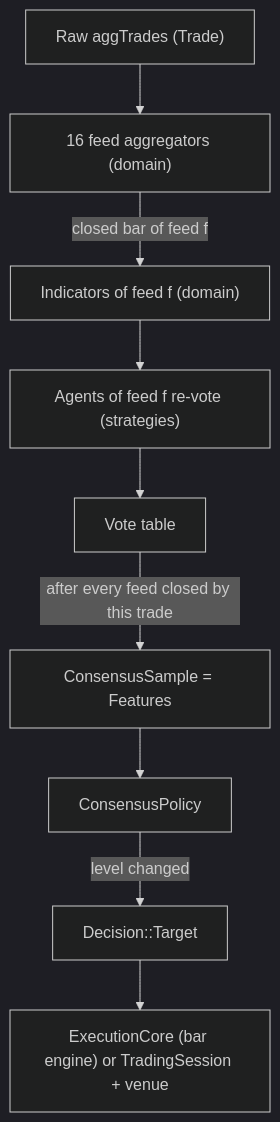
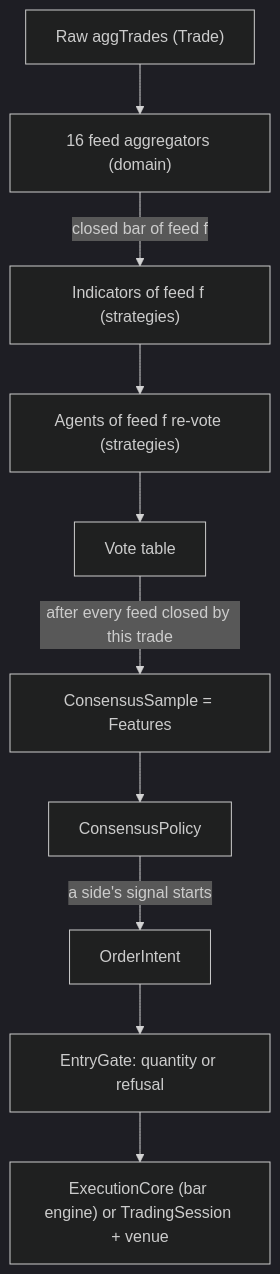
The diagram in docs/strategy/03-swarm-consensus.md (f92esmup/ATSNT), drawn with Mermaid (dark theme) before and after one commit. The commit also changed other lines of this file and 6 other files, not shown here.

````diff
--- a/docs/strategy/03-swarm-consensus.md
+++ b/docs/strategy/03-swarm-consensus.md
@@ -264,11 +213,12 @@
 ```mermaid
 flowchart TD
     T["Raw aggTrades (Trade)"] --> F["16 feed aggregators (domain)"]
-    F -->|"closed bar of feed f"| I["Indicators of feed f (domain)"]
+    F -->|"closed bar of feed f"| I["Indicators of feed f (strategies)"]
     I --> A["Agents of feed f re-vote (strategies)"]
     A --> V["Vote table"]
     V -->|"after every feed closed by this trade"| S["ConsensusSample = Features"]
     S --> P["ConsensusPolicy"]
-    P -->|"level changed"| D["Decision::Target"]
-    D --> X["ExecutionCore (bar engine) or TradingSession + venue"]
+    P -->|"a side's signal starts"| D["OrderIntent"]
+    D --> G["EntryGate: quantity or refusal"]
+    G --> X["ExecutionCore (bar engine) or TradingSession + venue"]
 ```
````
